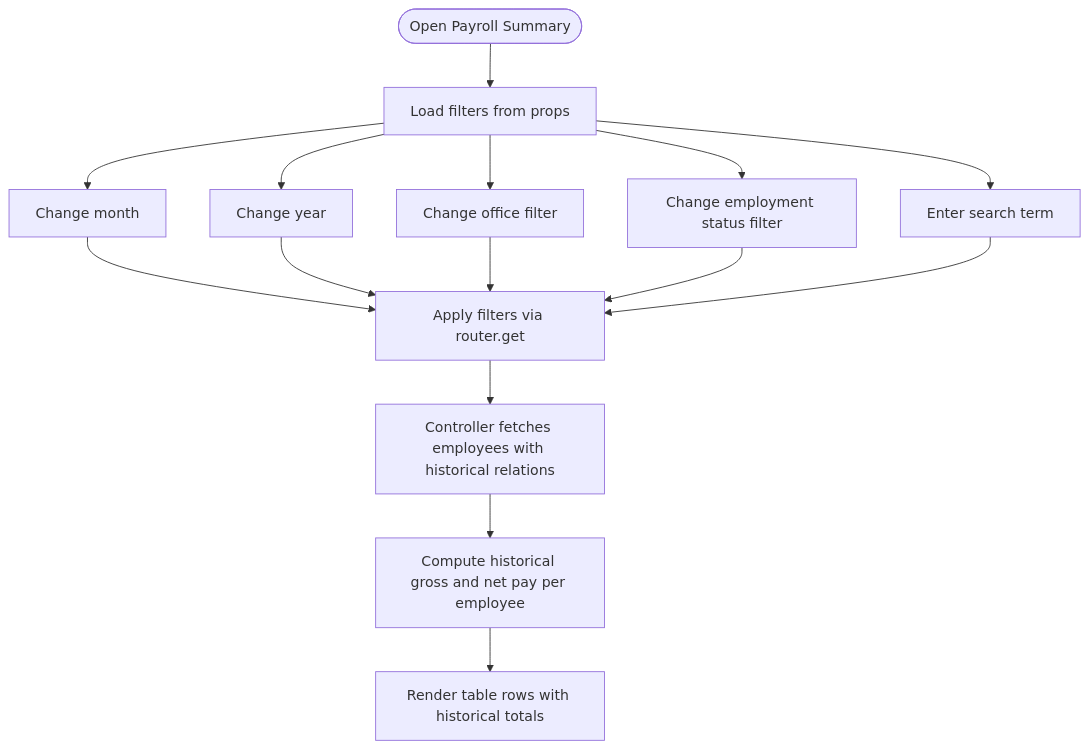
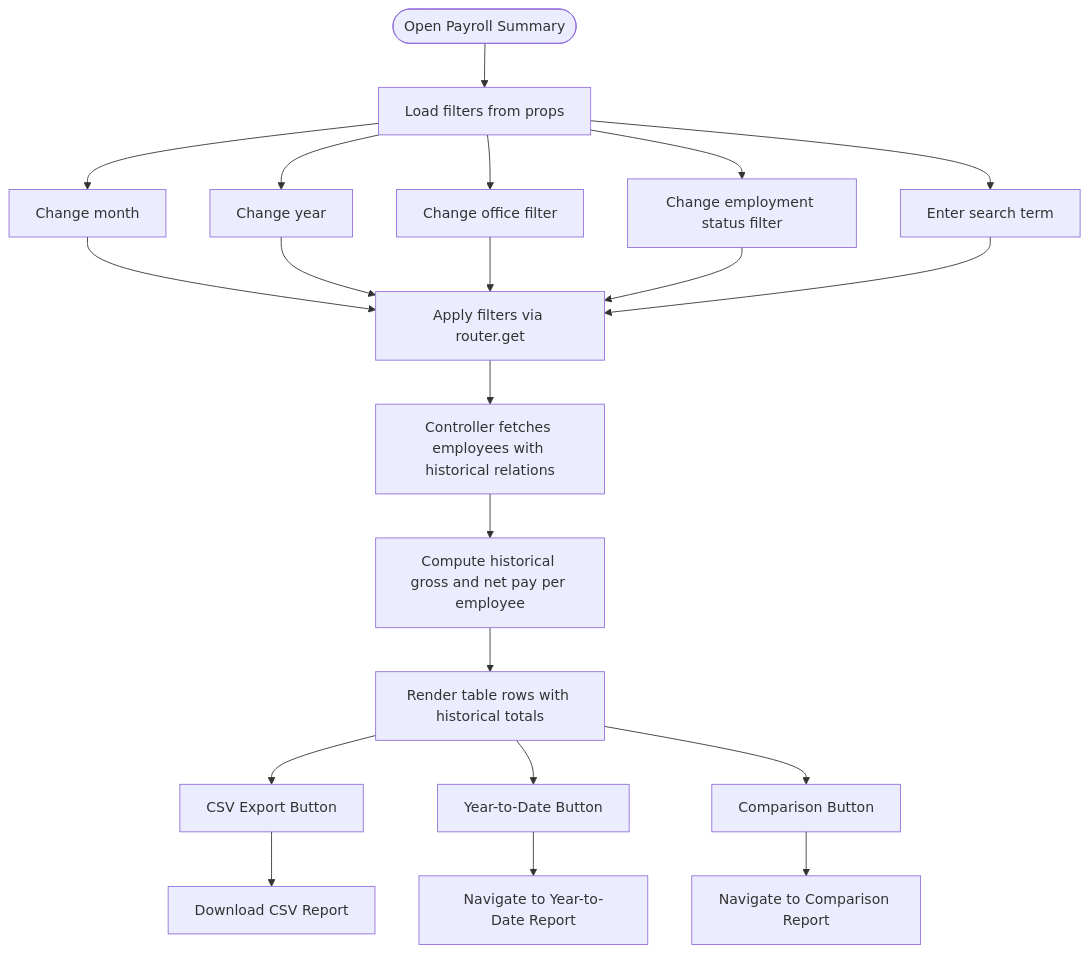
One commit to vincet0t15/template changed the third of 21 diagrams in .qoder/repowiki/en/content/Payroll System/Payroll Reports & Analytics.md. Above: the diagram before and after it, drawn with Mermaid. The commit also changed other lines of this file and 6 other files, not shown here.

````diff
--- a/.qoder/repowiki/en/content/Payroll System/Payroll Reports & Analytics.md
+++ b/.qoder/repowiki/en/content/Payroll System/Payroll Reports & Analytics.md
@@ -156,17 +208,23 @@
 ```mermaid
 flowchart TD
 Start(["Open Payroll Summary"]) --> LoadFilters["Load filters from props"]
 LoadFilters --> ChangeMonth["Change month"]
 LoadFilters --> ChangeYear["Change year"]
 LoadFilters --> ChangeOffice["Change office filter"]
 LoadFilters --> ChangeStatus["Change employment status filter"]
 LoadFilters --> Search["Enter search term"]
 ChangeMonth --> Apply["Apply filters via router.get"]
 ChangeYear --> Apply
 ChangeOffice --> Apply
 ChangeStatus --> Apply
 Search --> Apply
 Apply --> Fetch["Controller fetches employees with historical relations"]
 Fetch --> Compute["Compute historical gross and net pay per employee"]
 Compute --> Render["Render table rows with historical totals"]
+Render --> Export["CSV Export Button"]
+Render --> YearToDate["Year-to-Date Button"]
+Render --> Comparison["Comparison Button"]
+Export --> CSV["Download CSV Report"]
+YearToDate --> YTD["Navigate to Year-to-Date Report"]
+Comparison --> CMP["Navigate to Comparison Report"]
 ```
````
